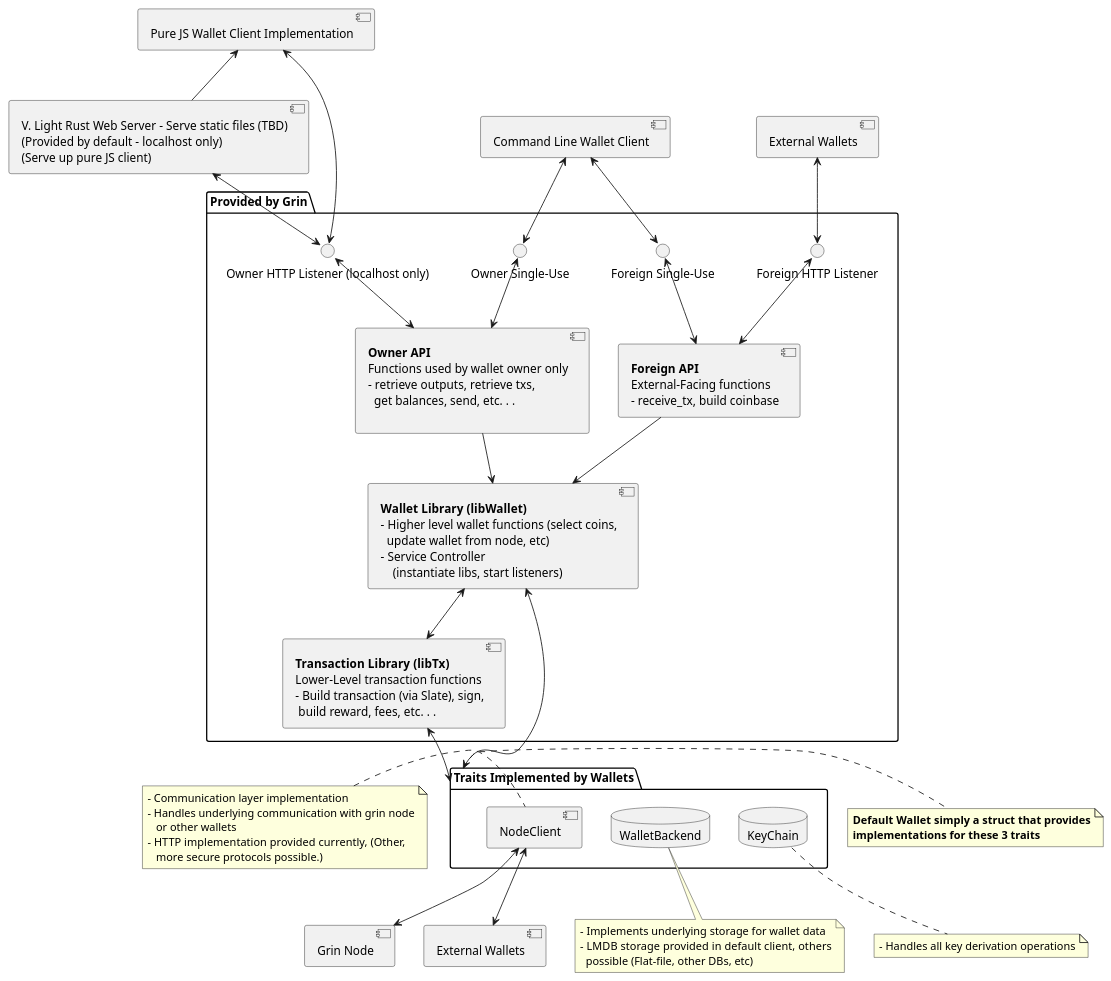
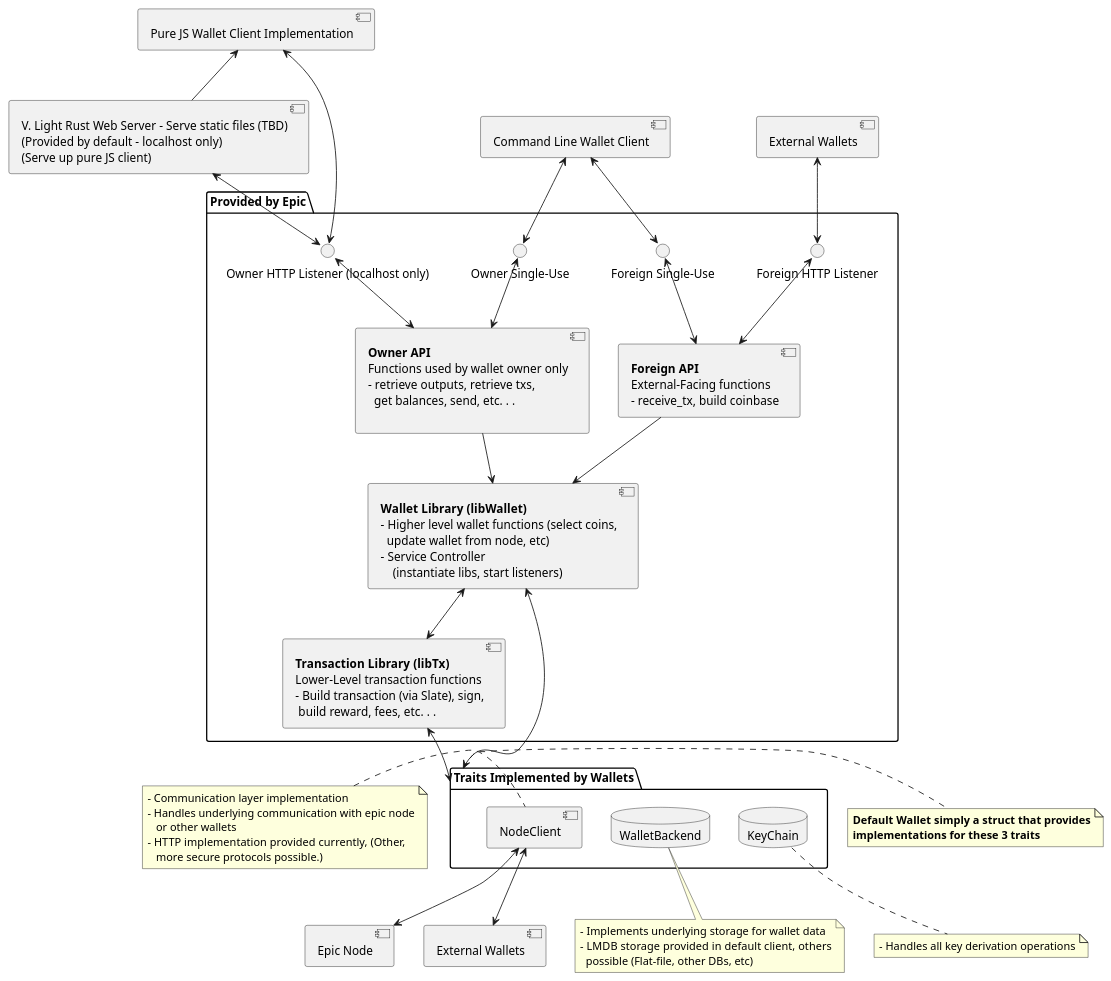
The diagram in doc/design/wallet-arch.puml (EpicCash/epic-wallet), drawn with PlantUML before and after one commit. The commit also changed 101 other files, not shown here.

```diff
--- a/doc/design/wallet-arch.puml
+++ b/doc/design/wallet-arch.puml
@@ -1,110 +1,110 @@
-@startuml grin-wallet-overview 
+@startuml epic-wallet-overview 
 skinparam componentStyle uml2
 
-[Grin Node] as epic_node
+[Epic Node] as epic_node
 
-folder "Provided by Grin" as services {
+folder "Provided by Epic" as services {
 	component foreign_api [
 		**Foreign API**
 		External-Facing functions
 		- receive_tx, build coinbase
 	]
 
 	component owner_api [
 		**Owner API**
 		Functions used by wallet owner only
 		- retrieve outputs, retrieve txs,
 		  get balances, send, etc. . .
 
 	]
 	component libtx [
         **Transaction Library (libTx)**
         Lower-Level transaction functions
         - Build transaction (via Slate), sign,
          build reward, fees, etc. . .
 	]
 	component libwallet [
         **Wallet Library (libWallet)	**
         - Higher level wallet functions (select coins,
           update wallet from node, etc)
         - Service Controller
             (instantiate libs, start listeners)
 	]
 	() "Owner HTTP Listener (localhost only)" as owner_http
 	() "Foreign HTTP Listener" as foreign_http
 	() "Owner Single-Use" as owner_single
 	() "Foreign Single-Use" as foreign_single
 }
 
 ' Trait definitions
 package "Traits Implemented by Wallets" as traits {
 	database "WalletBackend" as wallet_backend
 	database "KeyChain" as keychain
 	component "NodeClient" as wallet_client
 }
 
 note left of wallet_client
     - Communication layer implementation
-    - Handles underlying communication with grin node
+    - Handles underlying communication with epic node
        or other wallets
     - HTTP implementation provided currently, (Other,
        more secure protocols possible.)
 end note
 
 note bottom of keychain
     - Handles all key derivation operations
 end note
 
 note bottom of wallet_backend
     - Implements underlying storage for wallet data
     - LMDB  storage provided in default client, others
       possible (Flat-file, other DBs, etc)
 end note
 
 libtx <--> traits
 libwallet <--> traits
 
 note right of traits
     **Default Wallet simply a struct that provides**
     **implementations for these 3 traits**
 end note
 
 ' Client Side
 'package "Provided as reference implementation" {
 	[Pure JS Wallet Client Implementation] as js_client
 	[Command Line Wallet Client] as cl_client
 	component web_server [
 			V. Light Rust Web Server - Serve static files (TBD)
 			(Provided by default - localhost only)
 			(Serve up pure JS client)
 	]
 '}
 
 [External Wallets] as external_wallets
 [External Wallets] as external_wallets_2
 
 wallet_client <--> epic_node
 wallet_client <--> external_wallets_2
 
 web_server <--> owner_http
 js_client <-- web_server
 cl_client <--> owner_single
 cl_client <--> foreign_single
 
 owner_single <--> owner_api
 foreign_single <--> foreign_api
 
 libwallet <--> libtx
 
 foreign_api --> libwallet
 owner_api --> libwallet
 
 js_client <--> owner_http
 owner_http <--> owner_api
 external_wallets <--> foreign_http
 foreign_http <--> foreign_api
 
 'layout fix
 'epic_node -[hidden]- wallet_backend
 
 @enduml
```
